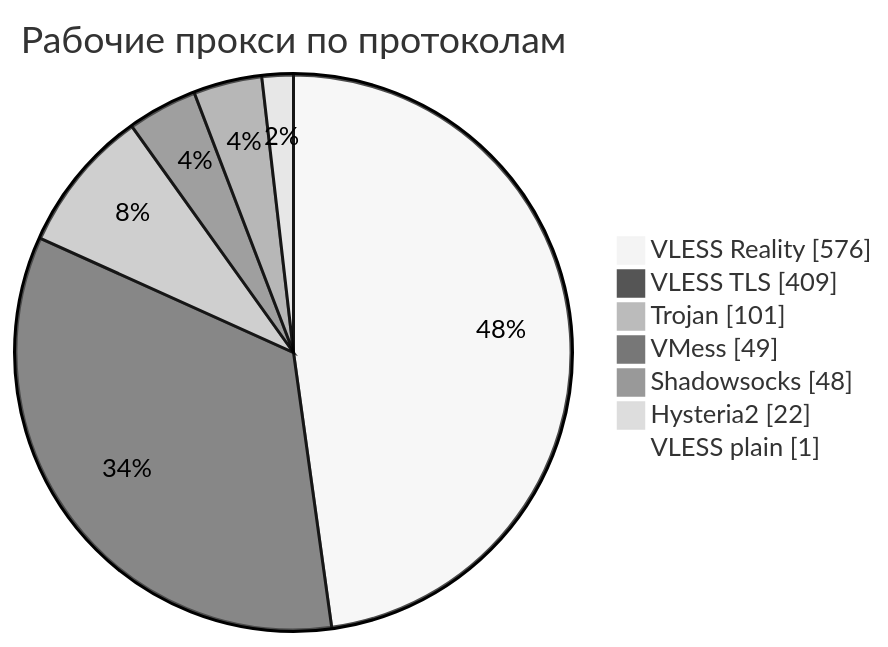
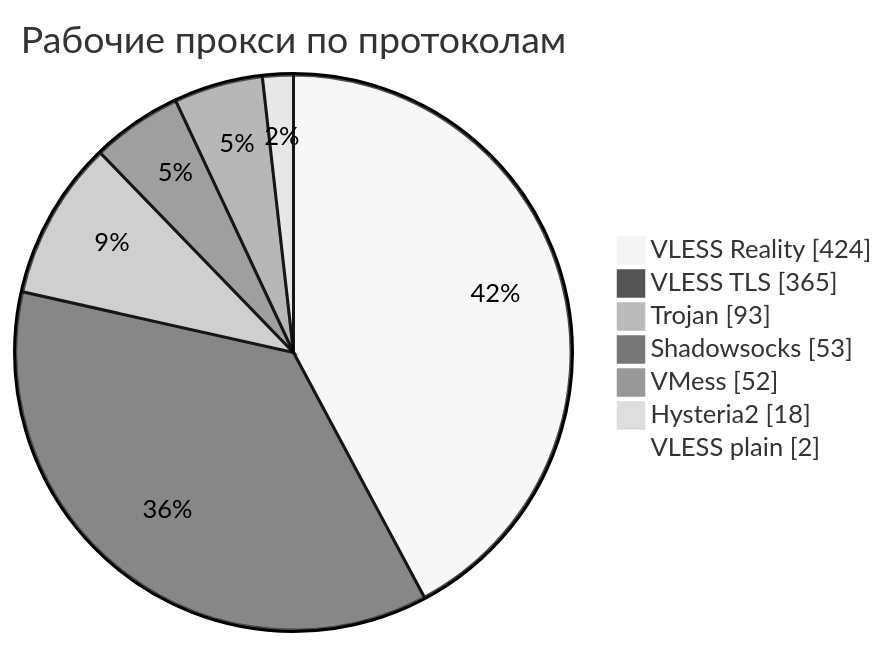
One commit to rvvg/proxy-subs changed the third of 4 diagrams in README.md. Above: the diagram before and after it, drawn with Mermaid (neutral theme). The commit also changed other lines of this file and 50 other files, not shown here.

````diff
--- a/README.md
+++ b/README.md
@@ -139,11 +136,11 @@
 ```mermaid
 pie showData
     title Рабочие прокси по протоколам
-    "VLESS Reality" : 576
-    "VLESS TLS" : 409
-    "Trojan" : 101
-    "VMess" : 49
-    "Shadowsocks" : 48
-    "Hysteria2" : 22
-    "VLESS plain" : 1
+    "VLESS Reality" : 424
+    "VLESS TLS" : 365
+    "Trojan" : 93
+    "Shadowsocks" : 53
+    "VMess" : 52
+    "Hysteria2" : 18
+    "VLESS plain" : 2
 ```
````
